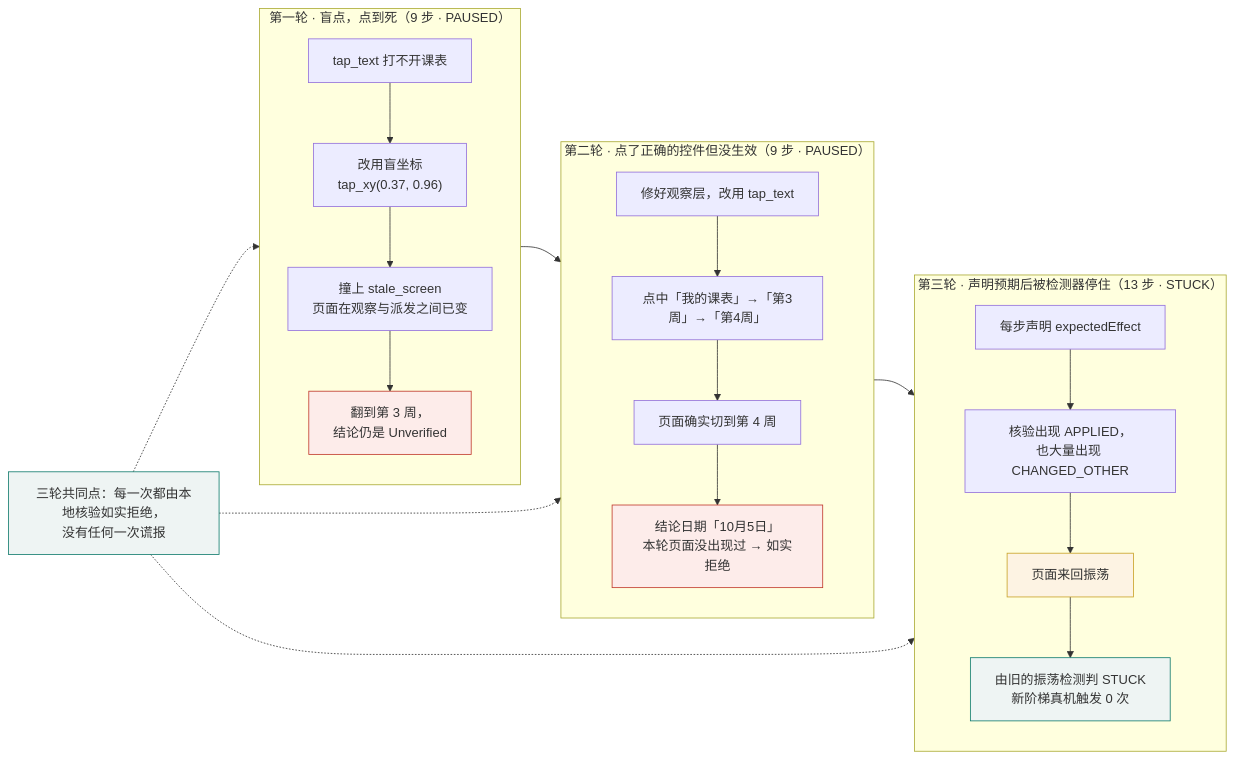
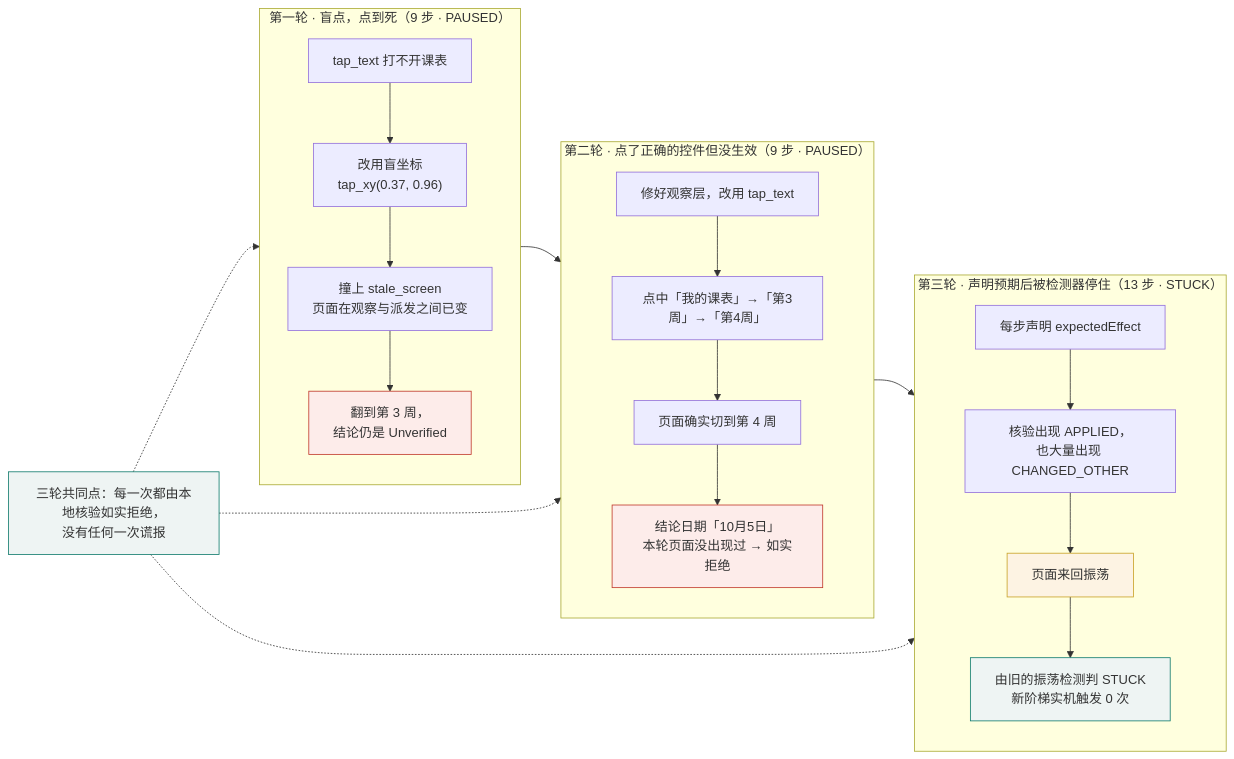
Diagram 11 of 13 in docs/aic-2026/作品方案-定稿.md (lhxll07/elder-harness), drawn with Mermaid before and after one commit. The commit also changed other lines of this file and 50 other files, not shown here.

````diff
--- a/docs/aic-2026/作品方案-定稿.md
+++ b/docs/aic-2026/作品方案-定稿.md
@@ -770,25 +772,25 @@
 ```mermaid
 flowchart LR
   subgraph R1["第一轮 · 盲点，点到死（9 步 · PAUSED）"]
     direction TB
     A1["tap_text 打不开课表"] --> A2["改用盲坐标<br/>tap_xy(0.37, 0.96)"] --> A3["撞上 stale_screen<br/>页面在观察与派发之间已变"] --> A4["翻到第 3 周，<br/>结论仍是 Unverified"]
   end
   subgraph R2["第二轮 · 点了正确的控件但没生效（9 步 · PAUSED）"]
     direction TB
     B1["修好观察层，改用 tap_text"] --> B2["点中「我的课表」→「第3周」→「第4周」"] --> B3["页面确实切到第 4 周"] --> B4["结论日期「10月5日」<br/>本轮页面没出现过 → 如实拒绝"]
   end
   subgraph R3["第三轮 · 声明预期后被检测器停住（13 步 · STUCK）"]
     direction TB
-    C1["每步声明 expectedEffect"] --> C2["核验出现 APPLIED，<br/>也大量出现 CHANGED_OTHER"] --> C3["页面来回振荡"] --> C4["由旧的振荡检测判 STUCK<br/>新阶梯真机触发 0 次"]
+    C1["每步声明 expectedEffect"] --> C2["核验出现 APPLIED，<br/>也大量出现 CHANGED_OTHER"] --> C3["页面来回振荡"] --> C4["由旧的振荡检测判 STUCK<br/>新阶梯实机触发 0 次"]
   end
   R1 --> R2 --> R3
   N["三轮共同点：每一次都由本地核验如实拒绝，<br/>没有任何一次谎报"] -.-> R1
   N -.-> R2
   N -.-> R3
   classDef bad fill:#fdecea,stroke:#c0392b
   classDef mid fill:#fdf3e3,stroke:#c9a227
   classDef ok fill:#eef4f3,stroke:#0f7b6c
   class A4,B4 bad
   class C3 mid
   class C4,N ok
 ```
````
